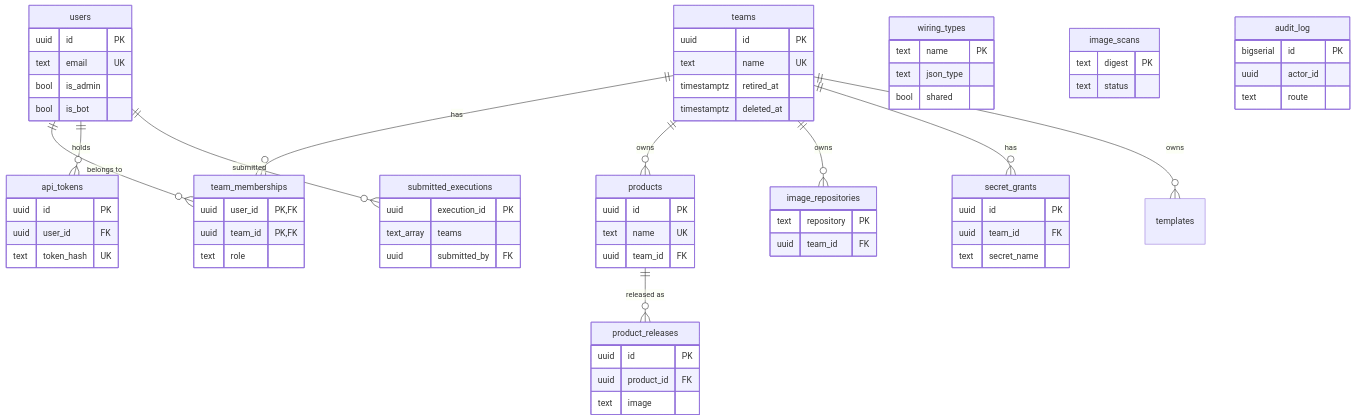
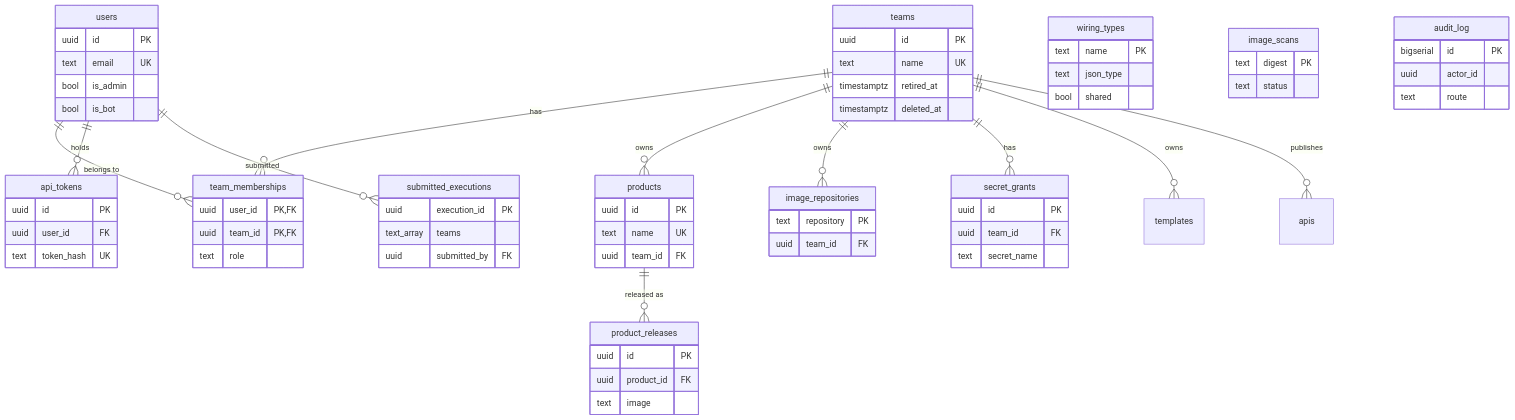
Before and after one commit to rburns629/vertra: the third of 3 diagrams in console/docs/06-database-schemas.md, drawn with Mermaid. The commit also changed other lines of this file and 22 other files, not shown here.

````diff
--- a/console/docs/06-database-schemas.md
+++ b/console/docs/06-database-schemas.md
@@ -187,72 +187,73 @@
 ```mermaid
 erDiagram
   users ||--o{ team_memberships : "belongs to"
   teams ||--o{ team_memberships : "has"
   users ||--o{ api_tokens : "holds"
   teams ||--o{ products : "owns"
   wiring_types {
     text name PK
     text json_type
     bool shared
   }
   products ||--o{ product_releases : "released as"
   teams ||--o{ image_repositories : "owns"
   teams ||--o{ secret_grants : "has"
   teams ||--o{ templates : "owns"
+  teams ||--o{ apis : "publishes"
   users ||--o{ submitted_executions : "submitted"
   teams {
     uuid id PK
     text name UK
     timestamptz retired_at
     timestamptz deleted_at
   }
   users {
     uuid id PK
     text email UK
     bool is_admin
     bool is_bot
   }
   team_memberships {
     uuid user_id PK,FK
     uuid team_id PK,FK
     text role
   }
   api_tokens {
     uuid id PK
     uuid user_id FK
     text token_hash UK
   }
   products {
     uuid id PK
     text name UK
     uuid team_id FK
   }
   product_releases {
     uuid id PK
     uuid product_id FK
     text image
   }
   image_repositories {
     text repository PK
     uuid team_id FK
   }
   image_scans {
     text digest PK
     text status
   }
   audit_log {
     bigserial id PK
     uuid actor_id
     text route
   }
   secret_grants {
     uuid id PK
     uuid team_id FK
     text secret_name
   }
   submitted_executions {
     uuid execution_id PK
     text_array teams
     uuid submitted_by FK
   }
 ```
````
